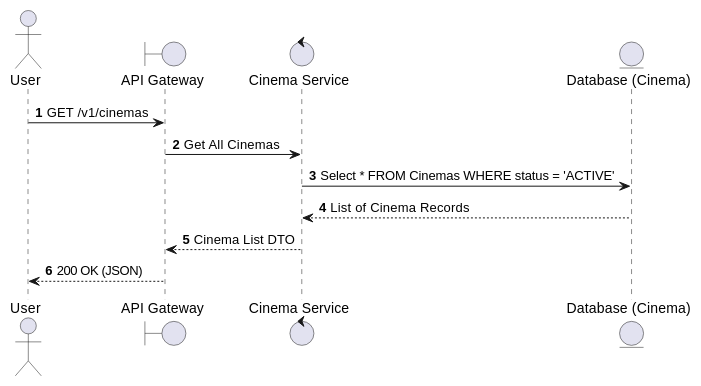
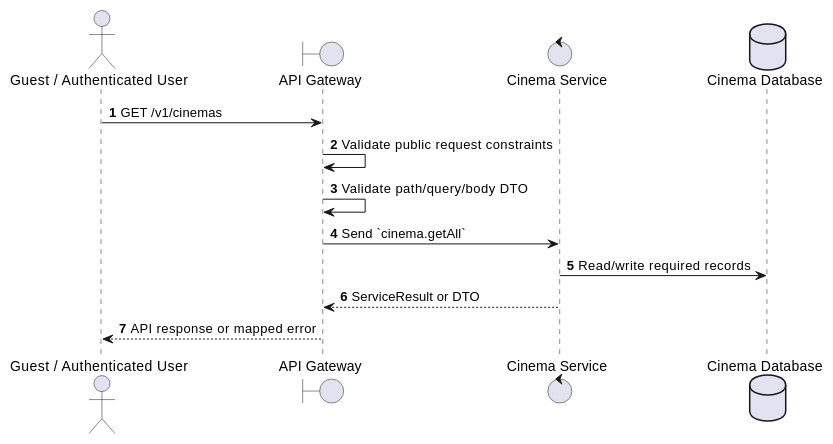
Before and after one commit to Tanh1603/movie-hub-architecture: the first of 2 diagrams in docs/functional_specs/3.2.1_Cinema_Management/CM-01_List_All_Cinemas.md, drawn with PlantUML. The commit also changed other lines of this file and 126 other files, not shown here.

````diff
--- a/docs/functional_specs/3.2.1_Cinema_Management/CM-01_List_All_Cinemas.md
+++ b/docs/functional_specs/3.2.1_Cinema_Management/CM-01_List_All_Cinemas.md
@@ -17,16 +17,17 @@
 ```plantuml
 @startuml
 autonumber
-actor User
+actor "Guest / Authenticated User" as Actor
 boundary "API Gateway" as GW
-control "Cinema Service" as CS
-entity "Database (Cinema)" as DB
+control "Cinema Service" as SVC
+database "Cinema Database" as DB
 
-User -> GW: GET /v1/cinemas
-GW -> CS: Get All Cinemas
-CS -> DB: Select * FROM Cinemas WHERE status = 'ACTIVE'
-DB --> CS: List of Cinema Records
-CS --> GW: Cinema List DTO
-GW --> User: 200 OK (JSON)
+Actor -> GW: GET /v1/cinemas
+GW -> GW: Validate public request constraints
+GW -> GW: Validate path/query/body DTO
+GW -> SVC: Send `cinema.getAll`
+SVC -> DB: Read/write required records
+SVC --> GW: ServiceResult or DTO
+GW --> Actor: API response or mapped error
 @enduml
 ```
````
